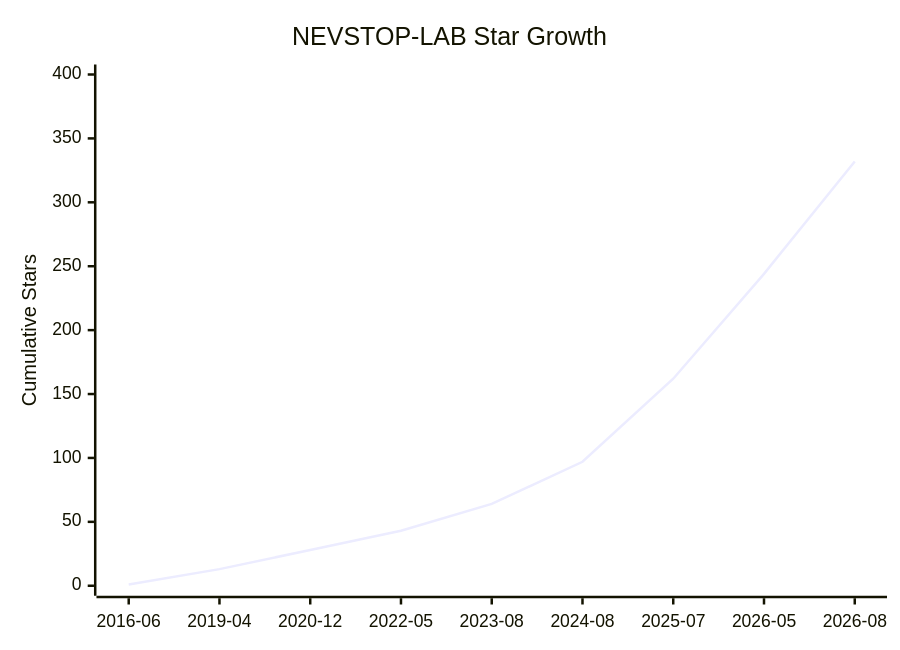
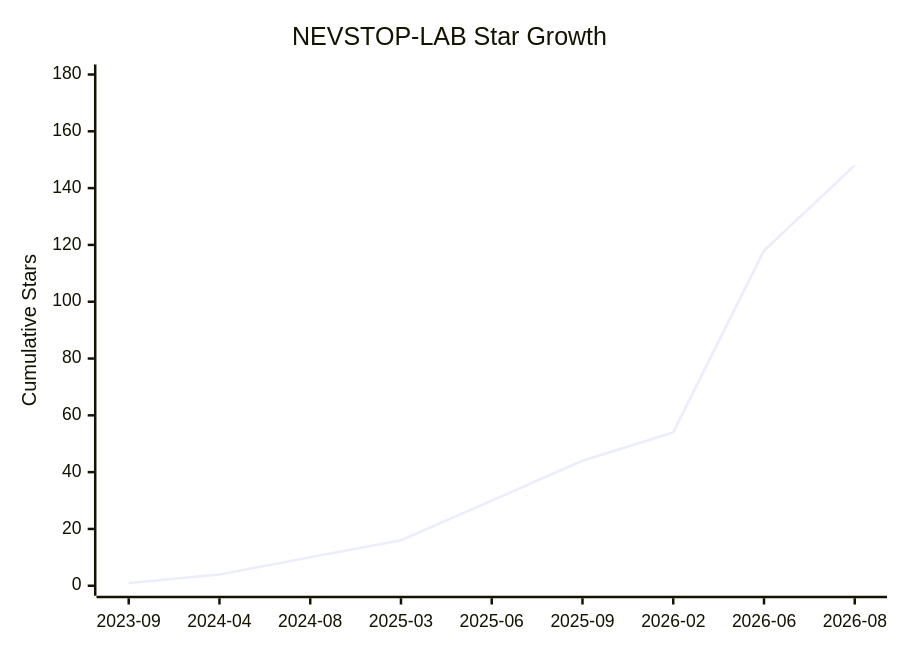
One commit to NEVSTOP-LAB/.github changed the diagram in Star-History.md. Above: the diagram before and after it, drawn with Mermaid. The commit also changed other lines of this file and 2 other files, not shown here.

````diff
--- a/Star-History.md
+++ b/Star-History.md
@@ -8,7 +8,7 @@
 ```mermaid
 xychart-beta
     title "NEVSTOP-LAB Star Growth"
-    x-axis ["2016-06", "2019-04", "2020-12", "2022-05", "2023-08", "2024-08", "2025-07", "2026-05", "2026-08"]
-    y-axis "Cumulative Stars" 0 --> 400
-    line [1, 13, 28, 43, 64, 97, 162, 244, 332]
+    x-axis ["2023-09", "2024-04", "2024-08", "2025-03", "2025-06", "2025-09", "2026-02", "2026-06", "2026-08"]
+    y-axis "Cumulative Stars" 0 --> 180
+    line [1, 4, 10, 16, 30, 44, 54, 118, 148]
 ```
````
